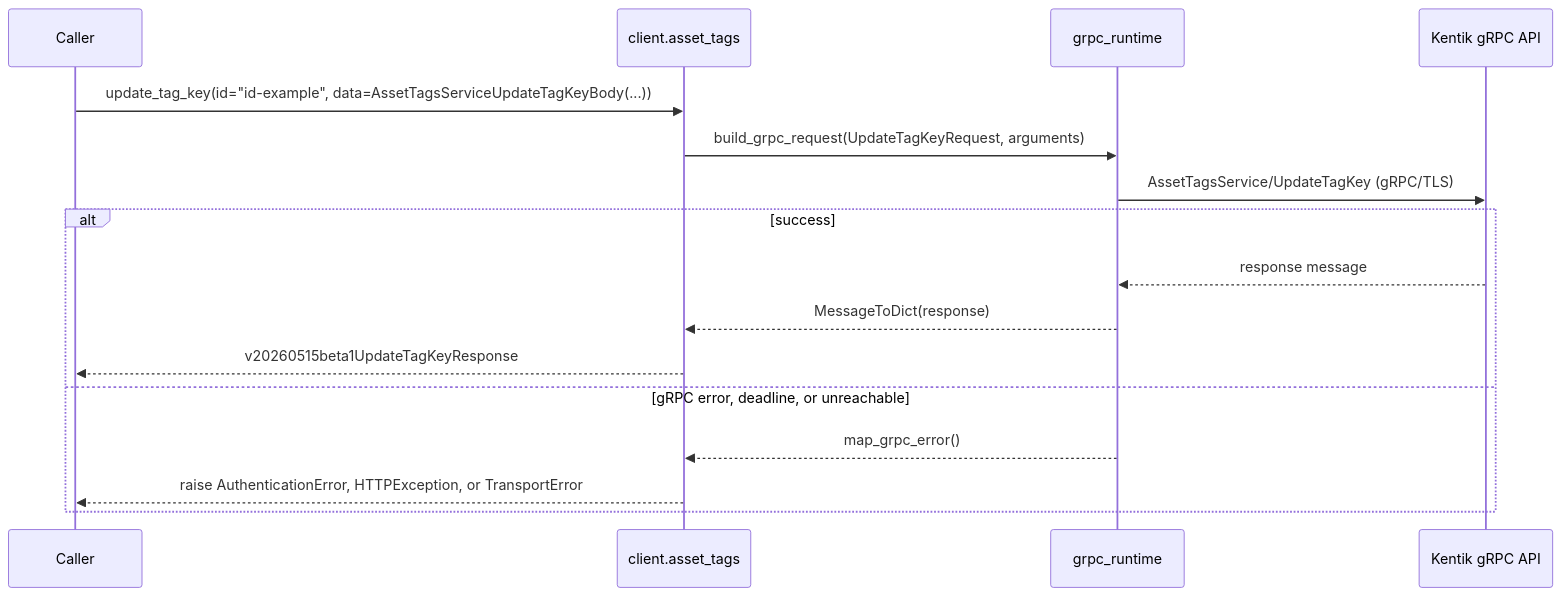
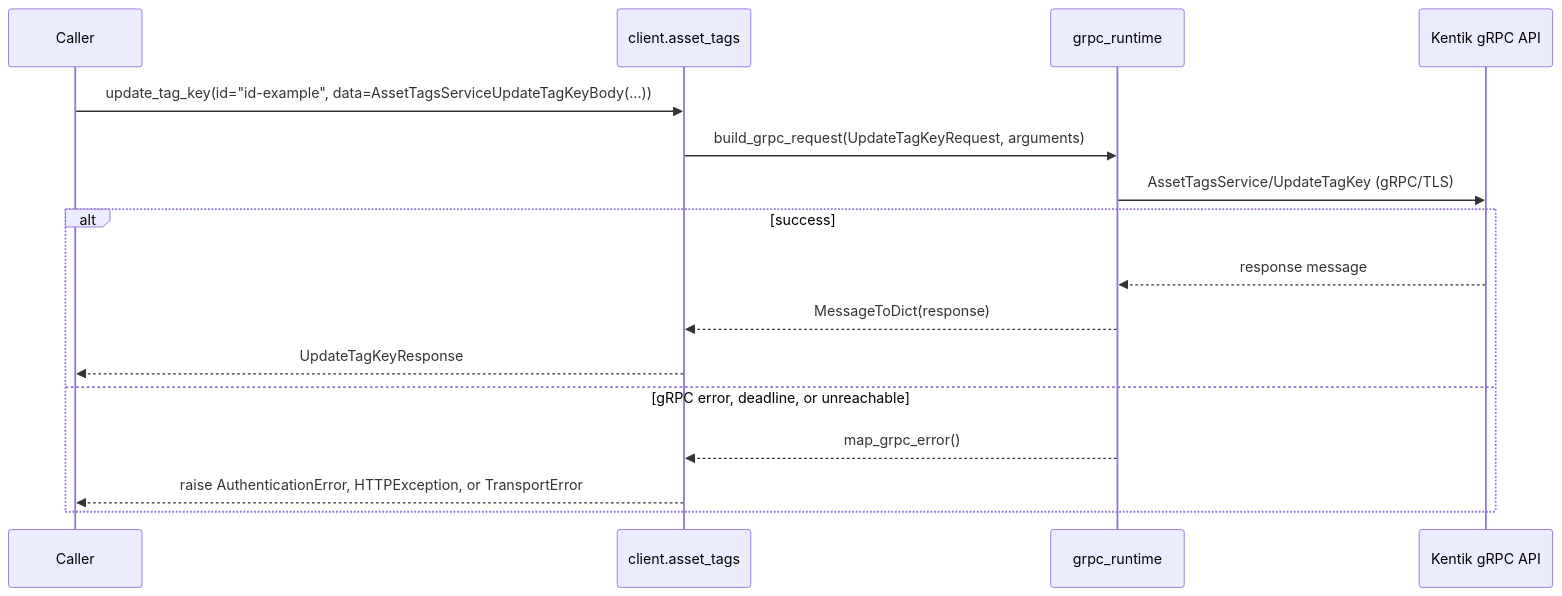
Before and after one commit to alexdearaujo/community_sdk_python: diagram 11 of 20 in docs/sphinx/services/asset_tags.md, drawn with Mermaid. The commit also changed other lines of this file and 38 other files, not shown here.

````diff
--- a/docs/sphinx/services/asset_tags.md
+++ b/docs/sphinx/services/asset_tags.md
@@ -357,19 +357,19 @@
 ```mermaid
 sequenceDiagram
     participant C as Caller
     participant W as client.asset_tags
     participant R as grpc_runtime
     participant API as Kentik gRPC API
 
     C->>W: update_tag_key(id="id-example", data=AssetTagsServiceUpdateTagKeyBody(...))
     W->>R: build_grpc_request(UpdateTagKeyRequest, arguments)
     R->>API: AssetTagsService/UpdateTagKey (gRPC/TLS)
     alt success
         API-->>R: response message
         R-->>W: MessageToDict(response)
-        W-->>C: v20260515beta1UpdateTagKeyResponse
+        W-->>C: UpdateTagKeyResponse
     else gRPC error, deadline, or unreachable
         R-->>W: map_grpc_error()
         W-->>C: raise AuthenticationError, HTTPException, or TransportError
     end
 ```
````
